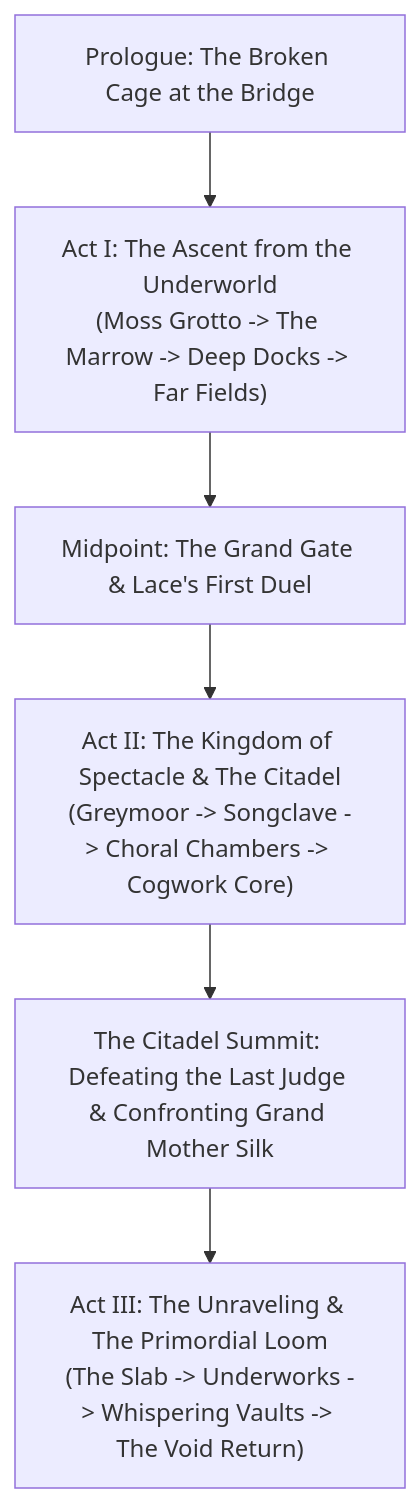
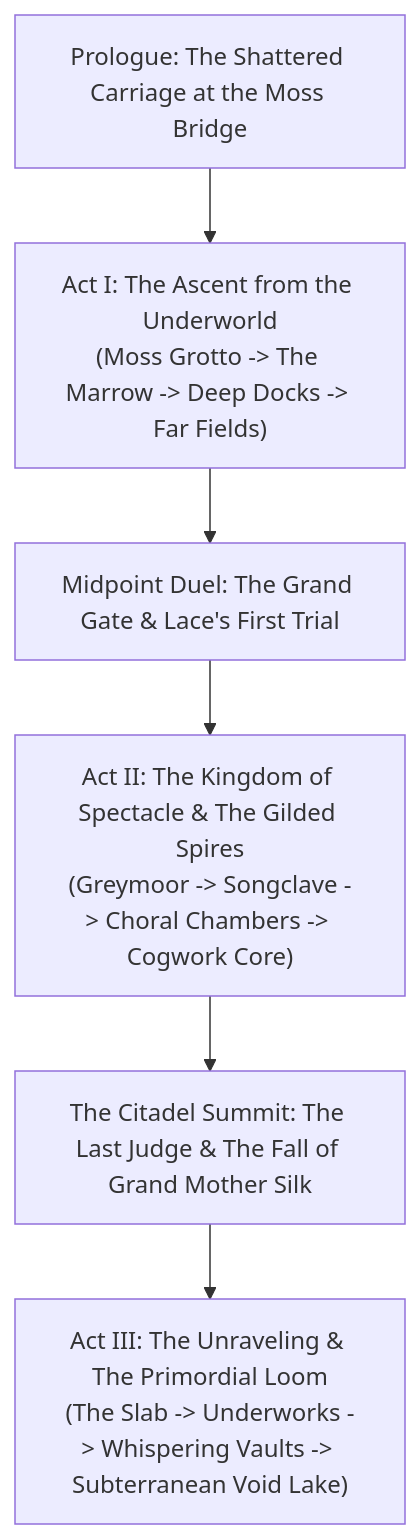
One commit to smile-plzz/hollow-knight-both-games changed the fourth of 5 diagrams in 10_SILKSONG_NARRATIVE.md. Above: the diagram before and after it, drawn with Mermaid. The commit also changed other lines of this file and 5 other files, not shown here.

````diff
--- a/10_SILKSONG_NARRATIVE.md
+++ b/10_SILKSONG_NARRATIVE.md
@@ -75,8 +117,8 @@
 ```mermaid
 graph TD
-    A["Prologue: The Broken Cage at the Bridge"] --> Act1["Act I: The Ascent from the Underworld<br/>(Moss Grotto -> The Marrow -> Deep Docks -> Far Fields)"]
-    Act1 --> Mid["Midpoint: The Grand Gate & Lace's First Duel"]
-    Mid --> Act2["Act II: The Kingdom of Spectacle & The Citadel<br/>(Greymoor -> Songclave -> Choral Chambers -> Cogwork Core)"]
-    Act2 --> High["The Citadel Summit: Defeating the Last Judge & Confronting Grand Mother Silk"]
-    High --> Act3["Act III: The Unraveling & The Primordial Loom<br/>(The Slab -> Underworks -> Whispering Vaults -> The Void Return)"]
+    A["Prologue: The Shattered Carriage at the Moss Bridge"] --> Act1["Act I: The Ascent from the Underworld<br/>(Moss Grotto -> The Marrow -> Deep Docks -> Far Fields)"]
+    Act1 --> Mid["Midpoint Duel: The Grand Gate & Lace's First Trial"]
+    Mid --> Act2["Act II: The Kingdom of Spectacle & The Gilded Spires<br/>(Greymoor -> Songclave -> Choral Chambers -> Cogwork Core)"]
+    Act2 --> High["The Citadel Summit: The Last Judge & The Fall of Grand Mother Silk"]
+    High --> Act3["Act III: The Unraveling & The Primordial Loom<br/>(The Slab -> Underworks -> Whispering Vaults -> Subterranean Void Lake)"]
 ```
````
